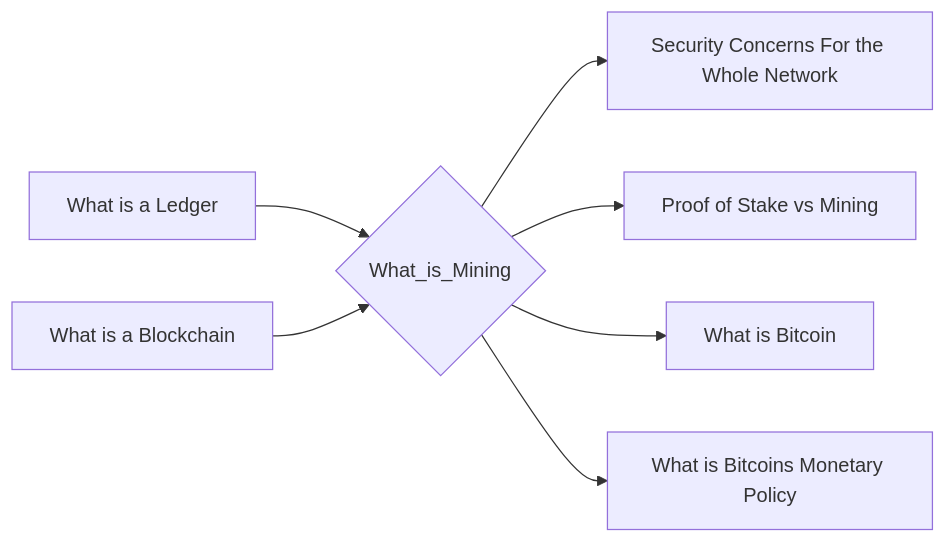
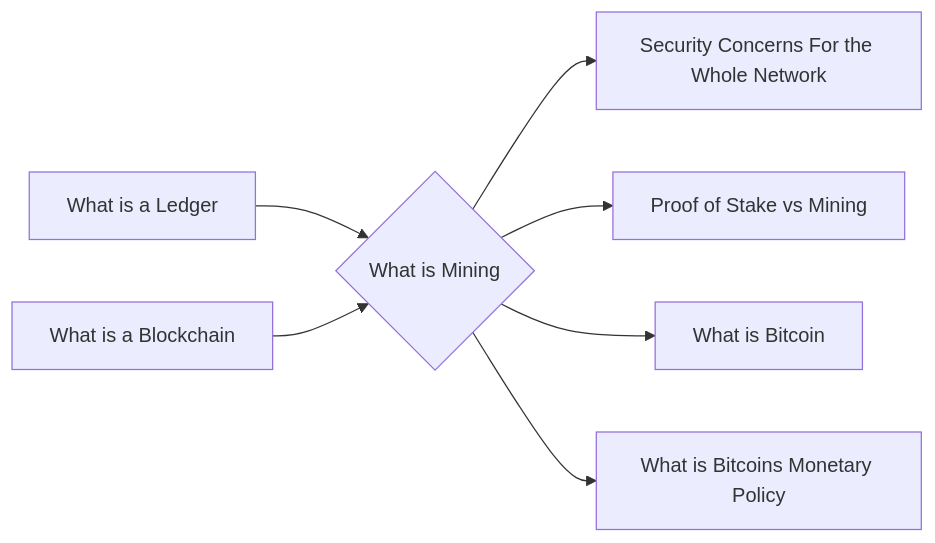
One commit to lpurdy01/crypto-knowledge-map changed the diagram in notes/What_is_Mining.md. Above: the diagram before and after it, drawn with Mermaid. The commit also changed 58 other files, not shown here.

````diff
--- a/notes/What_is_Mining.md
+++ b/notes/What_is_Mining.md
@@ -10,9 +10,9 @@
 ```mermaid
 graph LR
-1["What is a Ledger"]-->0{"What_is_Mining"}
-2["What is a Blockchain"]-->0{"What_is_Mining"}
-0{"What_is_Mining"}-->3["Security Concerns For the Whole Network"]
-0{"What_is_Mining"}-->4["Proof of Stake vs Mining"]
-0{"What_is_Mining"}-->5["What is Bitcoin"]
-0{"What_is_Mining"}-->6["What is Bitcoins Monetary Policy"]
+1["What is a Ledger"]-->0{"What is Mining"}
+2["What is a Blockchain"]-->0{"What is Mining"}
+0{"What is Mining"}-->3["Security Concerns For the Whole Network"]
+0{"What is Mining"}-->4["Proof of Stake vs Mining"]
+0{"What is Mining"}-->5["What is Bitcoin"]
+0{"What is Mining"}-->6["What is Bitcoins Monetary Policy"]
 ```
````
